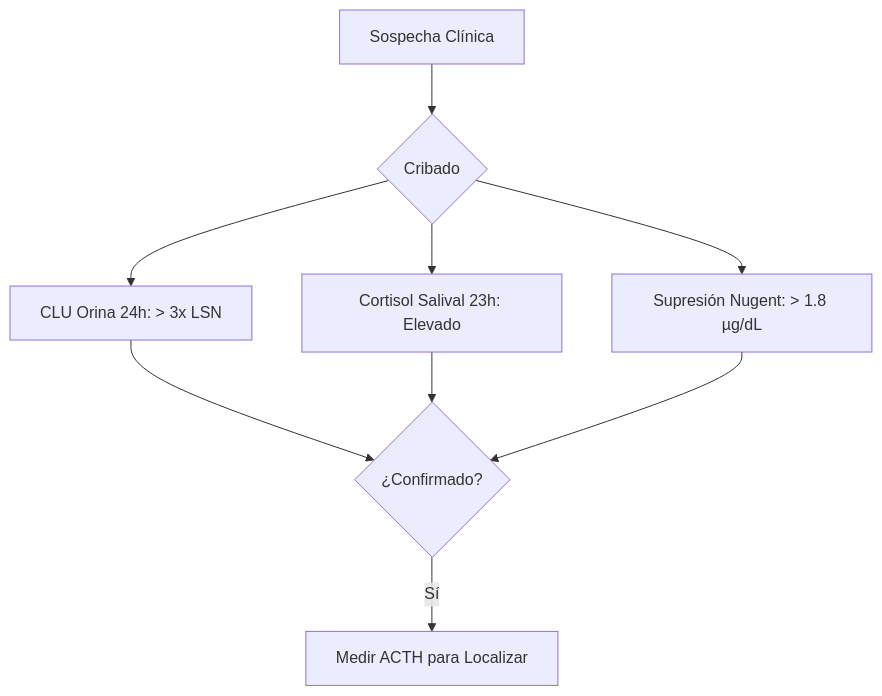
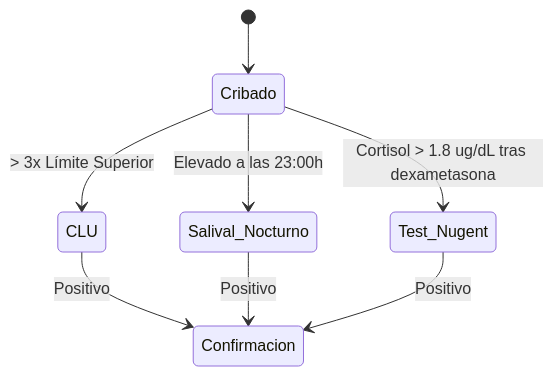
The second of 2 diagrams in Act_TSLCB_2026/Semana_02_Hormonas/01_Cushing_Sindrome_vs_Enfermedad.md (rausejop/TSLCB), drawn with Mermaid before and after one commit. The commit also changed other lines of this file and 3 other files, not shown here.

````diff
--- a/Act_TSLCB_2026/Semana_02_Hormonas/01_Cushing_Sindrome_vs_Enfermedad.md
+++ b/Act_TSLCB_2026/Semana_02_Hormonas/01_Cushing_Sindrome_vs_Enfermedad.md
@@ -49,9 +42,10 @@
 ```mermaid
-flowchart TD
-    Start[Sospecha Clínica] --> Screening{Cribado}
-    Screening --> CLU[CLU Orina 24h: > 3x LSN]
-    Screening --> Sal[Cortisol Salival 23h: Elevado]
-    Screening --> Nug[Supresión Nugent: > 1.8 µg/dL]
-    CLU & Sal & Nug --> Result{¿Confirmado?}
-    Result -- Sí --> MedirACTH[Medir ACTH para Localizar]
+stateDiagram-v2
+    [*] --> Cribado
+    Cribado --> CLU: > 3x Límite Superior
+    Cribado --> Salival_Nocturno: Elevado a las 23:00h
+    Cribado --> Test_Nugent: Cortisol > 1.8 ug/dL tras dexametasona
+    CLU --> Confirmacion: Positivo
+    Salival_Nocturno --> Confirmacion: Positivo
+    Test_Nugent --> Confirmacion: Positivo
 ```
````
